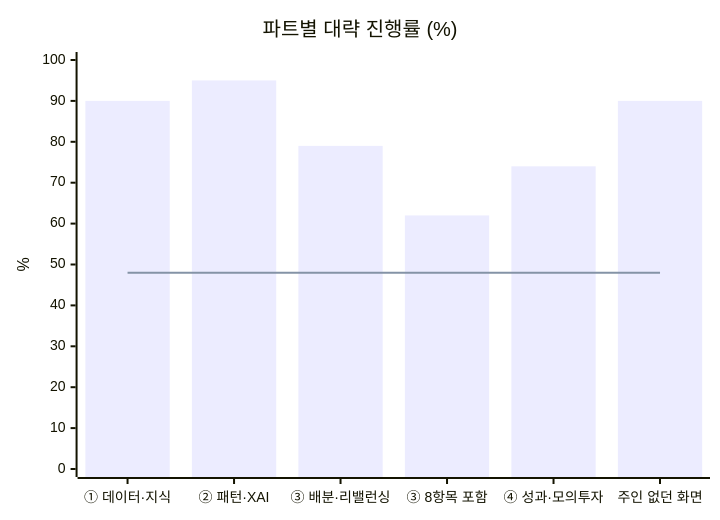
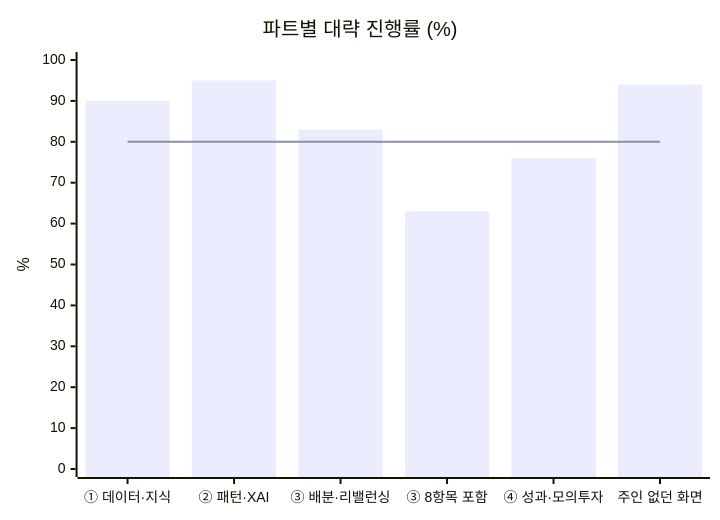
The first of 4 diagrams in docs/github-archive/2026-10-12/이슈-2차-중간점검/00-본문.md (EST-team-project/Qurious), drawn with Mermaid before and after one commit. The commit also changed other lines of this file and 69 other files, not shown here.

````diff
--- a/docs/github-archive/2026-10-12/이슈-2차-중간점검/00-본문.md
+++ b/docs/github-archive/2026-10-12/이슈-2차-중간점검/00-본문.md
@@ -33,8 +33,8 @@
 ```mermaid
 xychart-beta
   title "파트별 대략 진행률 (%)"
   x-axis ["① 데이터·지식", "② 패턴·XAI", "③ 배분·리밸런싱", "③ 8항목 포함", "④ 성과·모의투자", "주인 없던 화면"]
   y-axis "%" 0 --> 100
-  bar [90, 95, 79, 62, 74, 90]
-  line [48, 48, 48, 48, 48, 48]
+  bar [90, 95, 83, 63, 76, 94]
+  line [80, 80, 80, 80, 80, 80]
 ```
````
